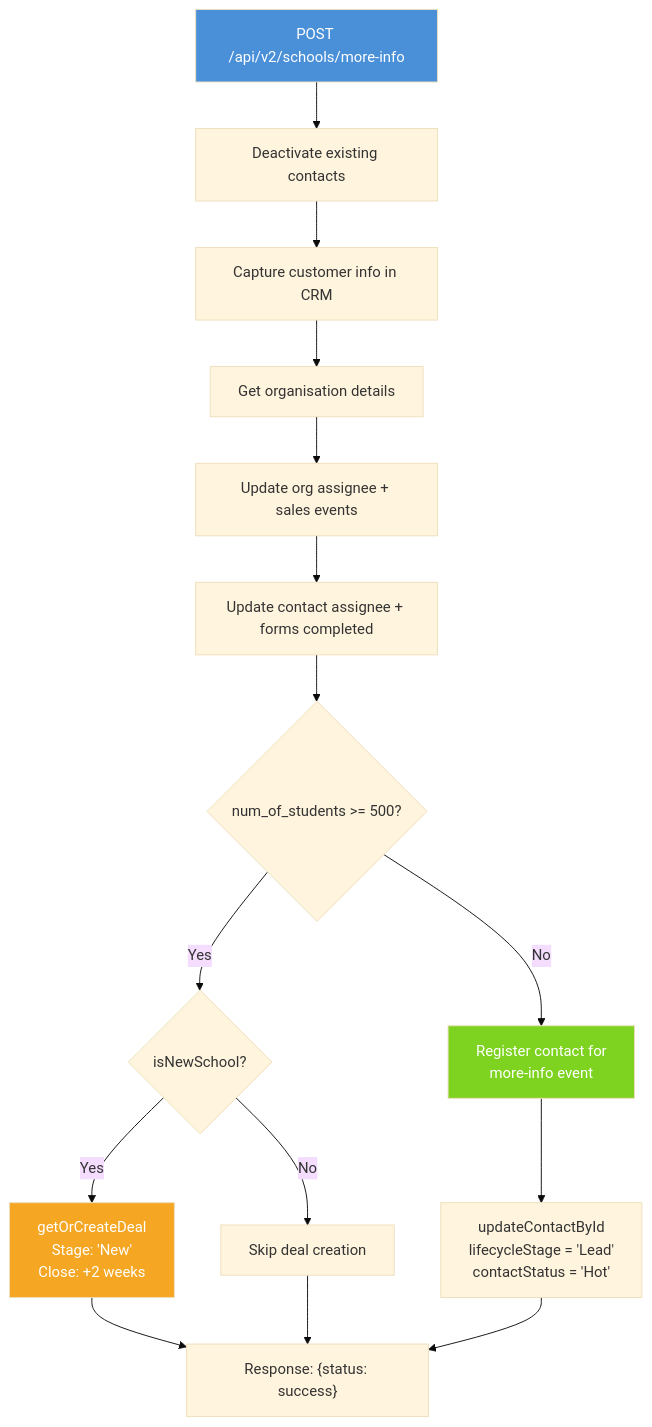
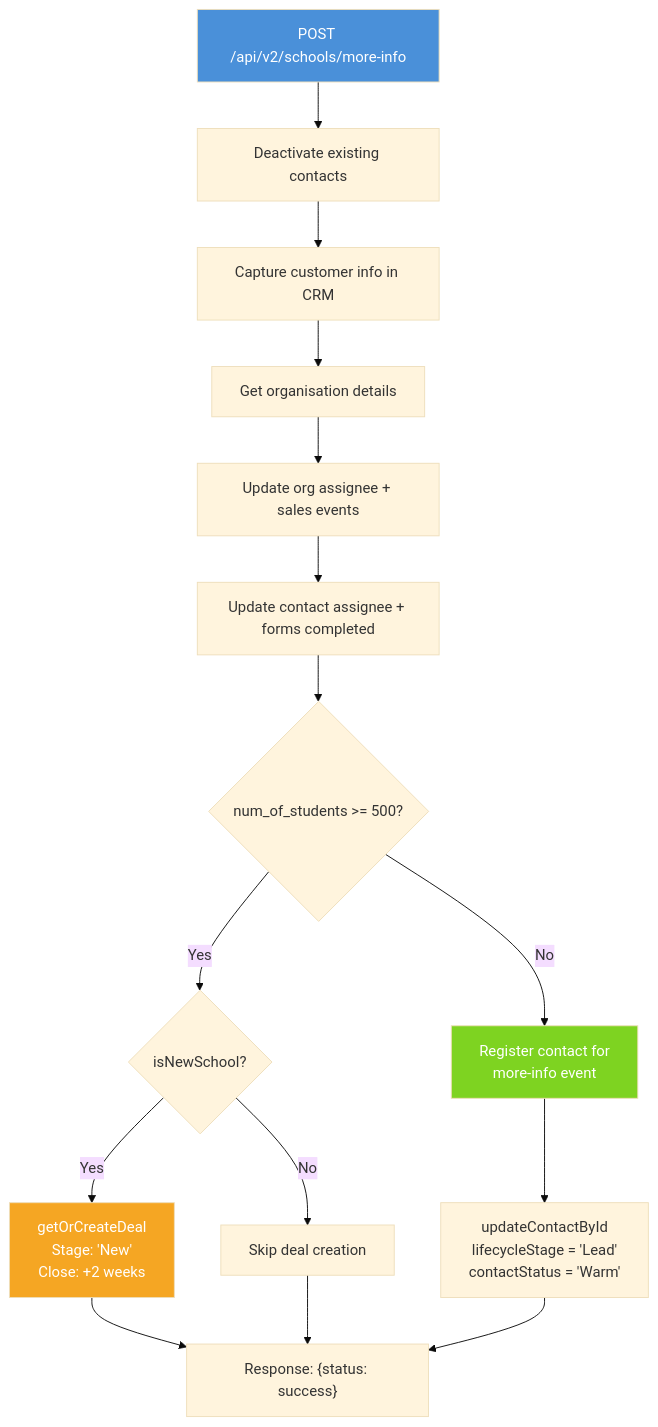
Before and after one commit to The-Resilience-Project/integrations: the second of 4 diagrams in docs/v2/schools.md, drawn with Mermaid (base theme). The commit also changed other lines of this file and 2 other files, not shown here.

Commit message:
Mark more-info contacts as Warm instead of Hot
Updates SubmitMoreInfoHandler step 6c to set contactStatus to 'Warm'
when registering a small-school contact for the more-info event.
Deal ratings (in SubmitRegistrationHandler / Deal VO) are unchanged.

````diff
--- a/docs/v2/schools.md
+++ b/docs/v2/schools.md
@@ -139,24 +139,24 @@
 ```mermaid
 flowchart TD
     A[POST /api/v2/schools/more-info] --> B[Deactivate existing contacts]
     B --> C[Capture customer info in CRM]
     C --> D[Get organisation details]
     D --> E[Update org assignee + sales events]
     E --> F[Update contact assignee + forms completed]
     F --> G{num_of_students >= 500?}
 
     G -->|Yes| H{isNewSchool?}
     H -->|Yes| I["getOrCreateDeal<br/>Stage: 'New'<br/>Close: +2 weeks"]
     H -->|No| J[Skip deal creation]
 
     G -->|No| K[Register contact for<br/>more-info event]
-    K --> L["updateContactById<br/>lifecycleStage = 'Lead'<br/>contactStatus = 'Hot'"]
+    K --> L["updateContactById<br/>lifecycleStage = 'Lead'<br/>contactStatus = 'Warm'"]
 
     I --> M["Response: {status: success}"]
     J --> M
     L --> M
 
     style A fill:#4a90d9,color:#fff
     style I fill:#f5a623,color:#fff
     style K fill:#7ed321,color:#fff
 ```
````
